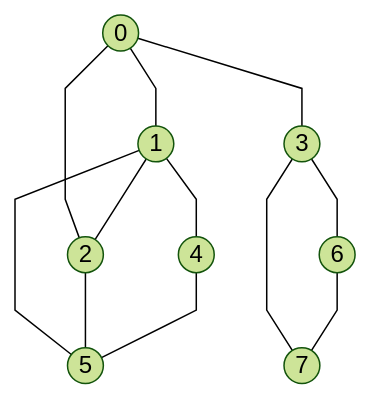
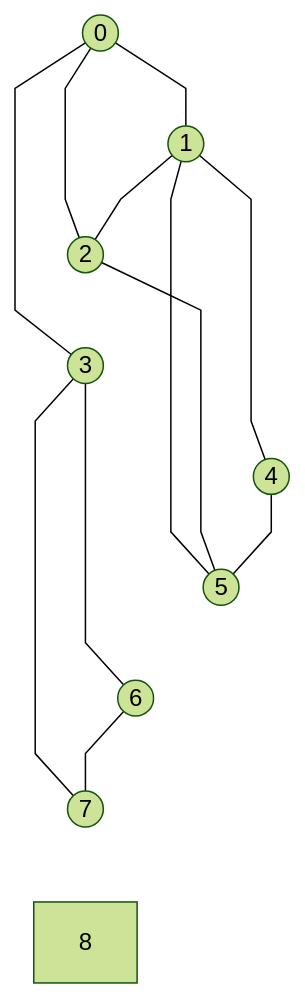
The diagram in README.md (Jarongo254/ACN), drawn with Mermaid (forest theme) before and after one commit.

````diff
--- a/README.md
+++ b/README.md
@@ -99,16 +99,22 @@
 ```mermaid
 graph TD
     0((0)) --- 1((1))
     0((0)) --- 2((2))
     0((0)) --- 3((3))
     1((1)) --- 2((2))
     1((1)) --- 4((4))
     1((1)) --- 5((5))
     2((2)) --- 5((5))
     3((3)) --- 6((6))
     3((3)) --- 7((7))
     4((4)) --- 5((5))
     6((6)) --- 7((7))
     
+    2~~~3
+    3~~~4
+    5~~~6
+    6~~~7
+    7~~~8
+    
     linkStyle default interpolate linear
 ```
````
